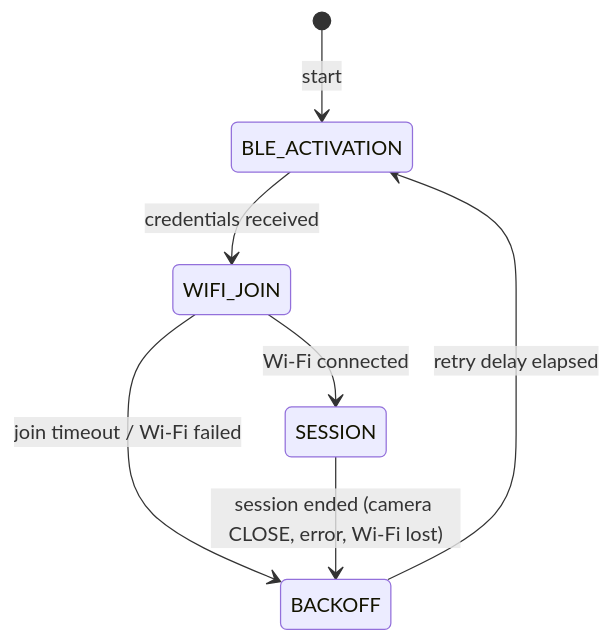
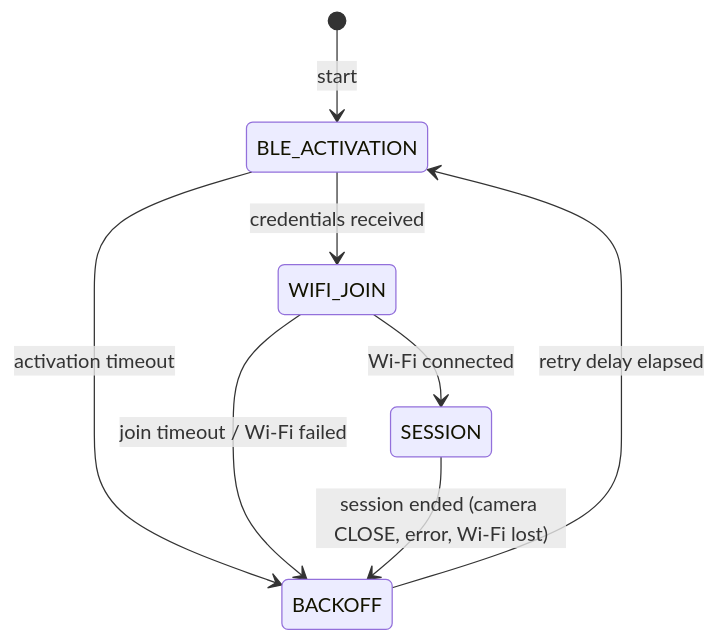
The second of 2 diagrams in README.md (HeikoGr/TrailCamHub), drawn with Mermaid before and after one commit. The commit also changed other lines of this file and 5 other files, not shown here.

First line of the commit message:
session_controller: time out the BLE activation

````diff
--- a/README.md
+++ b/README.md
@@ -211,9 +211,10 @@
 ```mermaid
 stateDiagram-v2
     [*] --> BLE_ACTIVATION: start
     BLE_ACTIVATION --> WIFI_JOIN: credentials received
     WIFI_JOIN --> SESSION: Wi-Fi connected
+    BLE_ACTIVATION --> BACKOFF: activation timeout
     WIFI_JOIN --> BACKOFF: join timeout / Wi-Fi failed
     SESSION --> BACKOFF: session ended (camera CLOSE, error, Wi-Fi lost)
     BACKOFF --> BLE_ACTIVATION: retry delay elapsed
 ```
````
